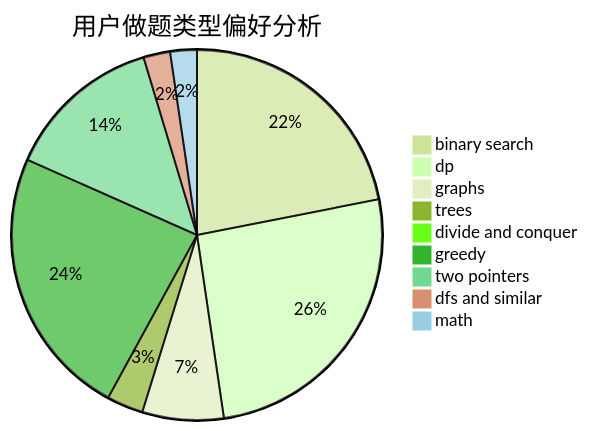
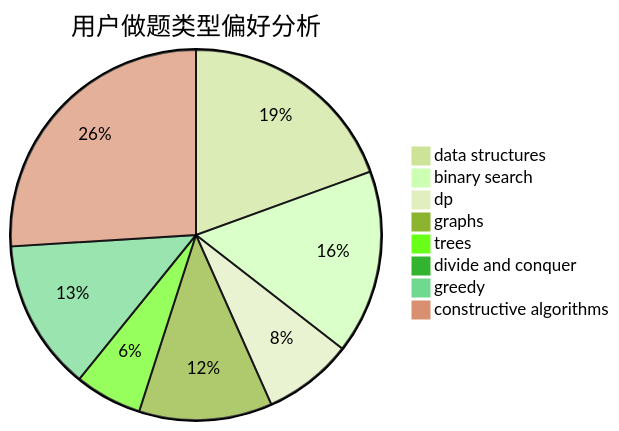
Before and after one commit to sherpahu/cfrs.github.io: the second of 3 diagrams in docs/user/u1807.md, drawn with Mermaid (forest theme). The commit also changed other lines of this file and 2775 other files, not shown here.

````diff
--- a/docs/user/u1807.md
+++ b/docs/user/u1807.md
@@ -23,12 +23,11 @@
 ```mermaid
 pie title 用户做题类型偏好分析
-    "binary search" :  358
-    "dp" :  421
-    "graphs" :  116
-    "trees" :  52
+    "data structures" :  149
+    "binary search" :  123
+    "dp" :  60
+    "graphs" :  89
+    "trees" :  45
     "divide and conquer" :  0
-    "greedy" :  387
-    "two pointers" :  224
-    "dfs and similar" :  38
-    "math" :  38
+    "greedy" :  101
+    "constructive algorithms" :  199
 ```
````
